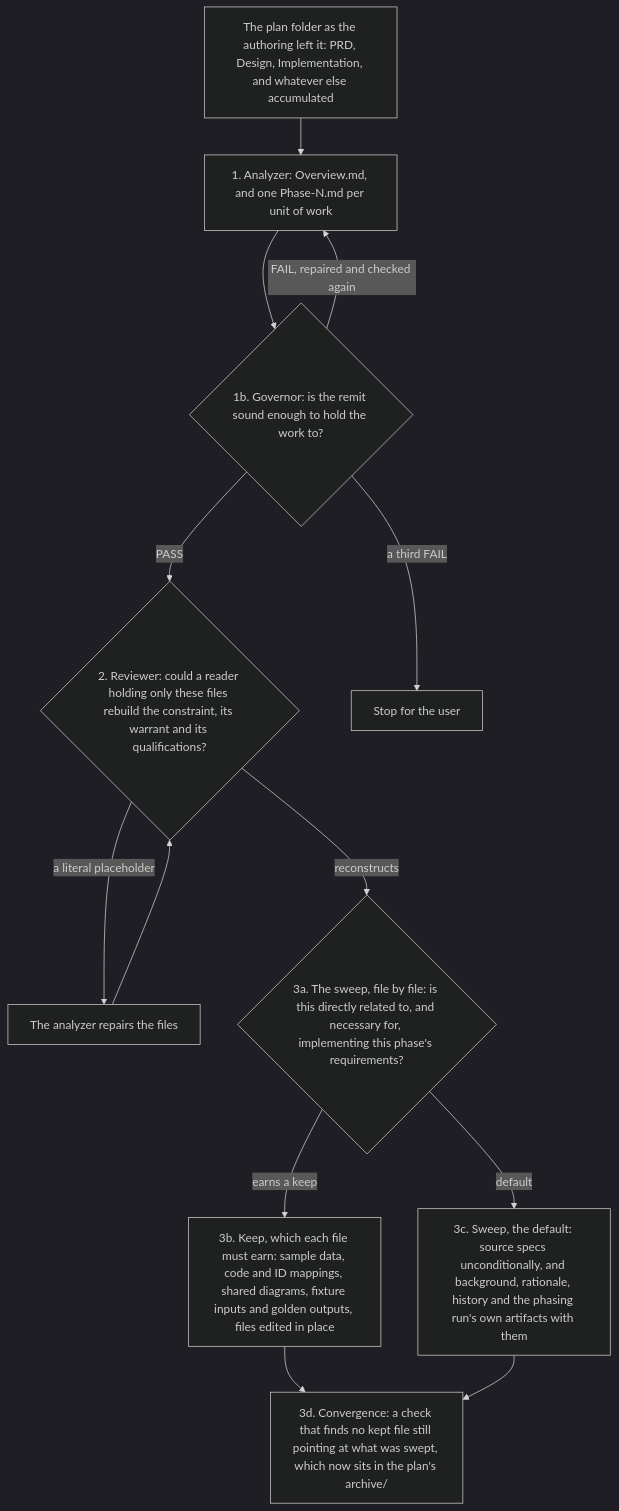
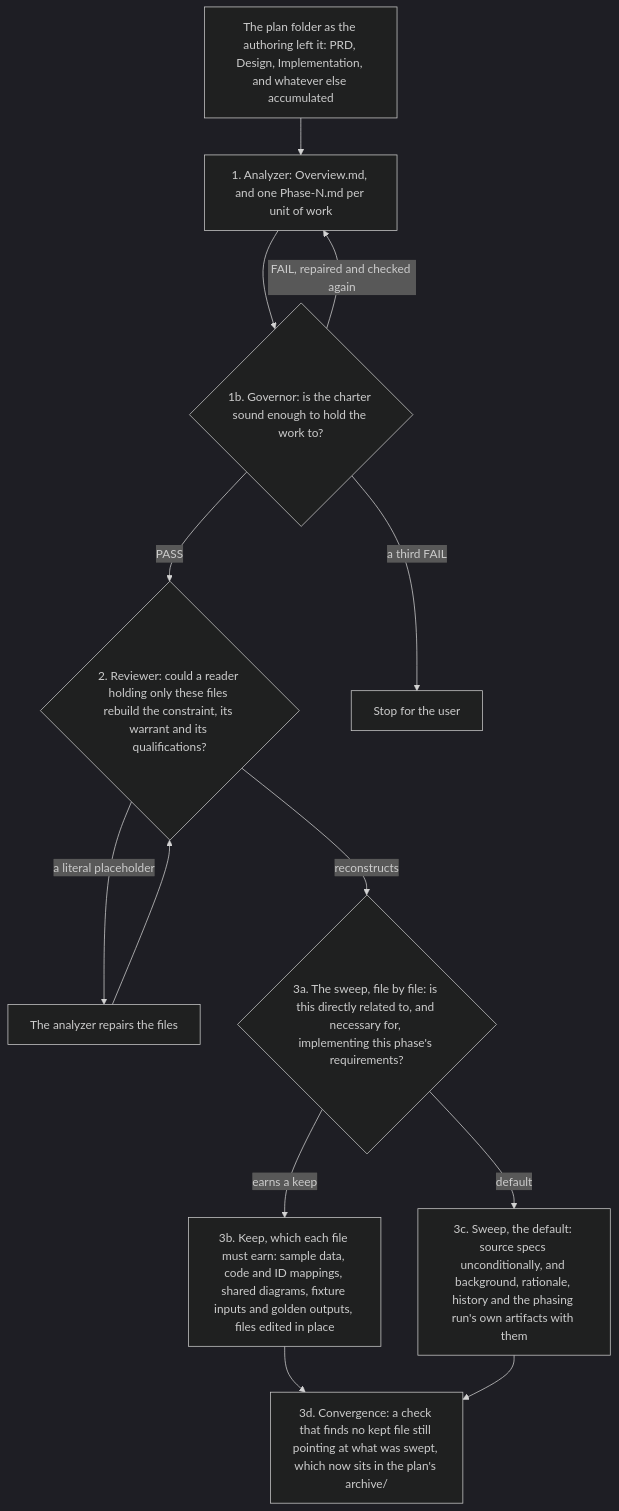
One commit to EricBLivingston/corpus-iuris changed the diagram in docs/pipeline.md. Above: the diagram before and after it, drawn with Mermaid (dark theme). The commit also changed other lines of this file and 62 other files, not shown here.

````diff
--- a/docs/pipeline.md
+++ b/docs/pipeline.md
@@ -54,25 +54,25 @@
 ```mermaid
 flowchart TD
   SPECS["The plan folder as the authoring left it: PRD, Design, Implementation, and whatever else accumulated"]
   WRITE["1. Analyzer: Overview.md, and one Phase-N.md per unit of work"]
-  GATE{"1b. Governor: is the remit sound enough to hold the work to?"}
+  GATE{"1b. Governor: is the charter sound enough to hold the work to?"}
   REVIEW{"2. Reviewer: could a reader holding only these files rebuild the constraint, its warrant and its qualifications?"}
   BACK["The analyzer repairs the files"]
   STOP["Stop for the user"]
   CLASSIFY{"3a. The sweep, file by file: is this directly related to, and necessary for, implementing this phase's requirements?"}
   KEEP["3b. Keep, which each file must earn: sample data, code and ID mappings, shared diagrams, fixture inputs and golden outputs, files edited in place"]
   DROP["3c. Sweep, the default: source specs unconditionally, and background, rationale, history and the phasing run's own artifacts with them"]
   CLOSE["3d. Convergence: a check that finds no kept file still pointing at what was swept, which now sits in the plan's archive/"]
 
   SPECS --> WRITE --> GATE
   GATE -->|"PASS"| REVIEW
   GATE -->|"FAIL, repaired and checked again"| WRITE
   GATE -->|"a third FAIL"| STOP
   REVIEW -->|"a literal placeholder"| BACK
   BACK --> REVIEW
   REVIEW -->|"reconstructs"| CLASSIFY
   CLASSIFY -->|"earns a keep"| KEEP
   CLASSIFY -->|"default"| DROP
   KEEP --> CLOSE
   DROP --> CLOSE
 ```
````
